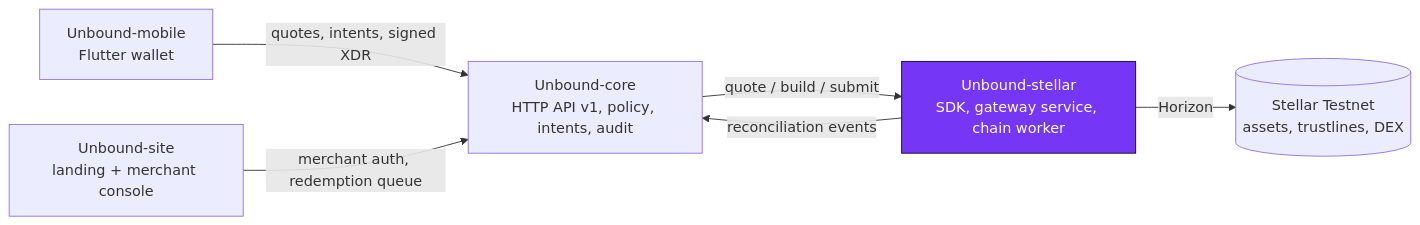
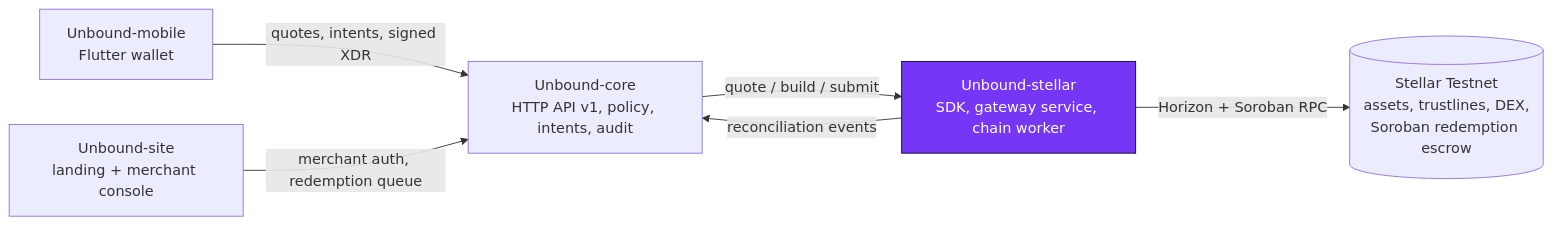
The diagram in README.md (Unbound224/Unbound-stellar), drawn with Mermaid before and after one commit. The commit also changed other lines of this file and 5 other files, not shown here.

First line of the commit message:
docs: Soroban escrow in the shared docs, status table, contributor issues, changelog

````diff
--- a/README.md
+++ b/README.md
@@ -43,14 +49,14 @@
 ```mermaid
 flowchart LR
   M["Unbound-mobile<br/>Flutter wallet"]
   S["Unbound-site<br/>landing + merchant console"]
   C["Unbound-core<br/>HTTP API v1, policy, intents, audit"]
   G["Unbound-stellar<br/>SDK, gateway service, chain worker"]
-  N[("Stellar Testnet<br/>assets, trustlines, DEX")]
+  N[("Stellar Testnet<br/>assets, trustlines, DEX,<br/>Soroban redemption escrow")]
   M -- "quotes, intents, signed XDR" --> C
   S -- "merchant auth, redemption queue" --> C
   C -- "quote / build / submit" --> G
-  G -- "Horizon" --> N
+  G -- "Horizon + Soroban RPC" --> N
   G -- "reconciliation events" --> C
   style G fill:#7537F5,stroke:#10092E,color:#ffffff
 ```
````
